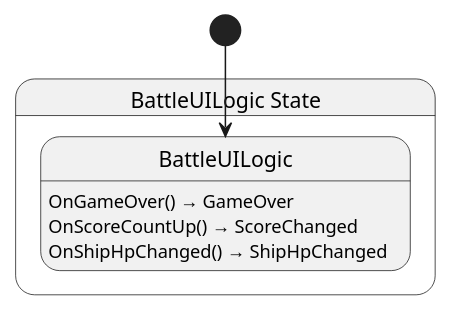
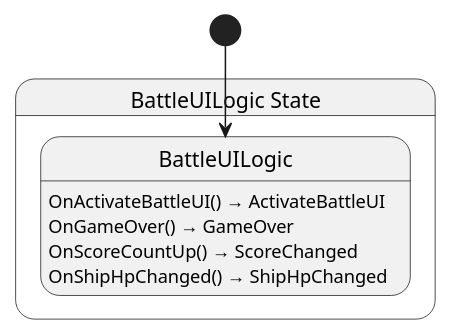
One commit to Ygoat/EternalJourney changed the diagram in src/battle_ui/state/BattleUILogic.g.puml. Above: the diagram before and after it, drawn with PlantUML. The commit also changed 16 other files, not shown here.

```diff
--- a/src/battle_ui/state/BattleUILogic.g.puml
+++ b/src/battle_ui/state/BattleUILogic.g.puml
@@ -1,10 +1,11 @@
 @startuml BattleUILogic
 state "BattleUILogic State" as EternalJourney_BattleUI_State_BattleUILogic_State {
   state "BattleUILogic" as EternalJourney_BattleUI_State_BattleUILogic_State_BattleUILogic
 }
+EternalJourney_BattleUI_State_BattleUILogic_State_BattleUILogic : OnActivateBattleUI() → ActivateBattleUI
 EternalJourney_BattleUI_State_BattleUILogic_State_BattleUILogic : OnGameOver() → GameOver
 EternalJourney_BattleUI_State_BattleUILogic_State_BattleUILogic : OnScoreCountUp() → ScoreChanged
 EternalJourney_BattleUI_State_BattleUILogic_State_BattleUILogic : OnShipHpChanged() → ShipHpChanged
 
 [*] --> EternalJourney_BattleUI_State_BattleUILogic_State_BattleUILogic
 @enduml
```
